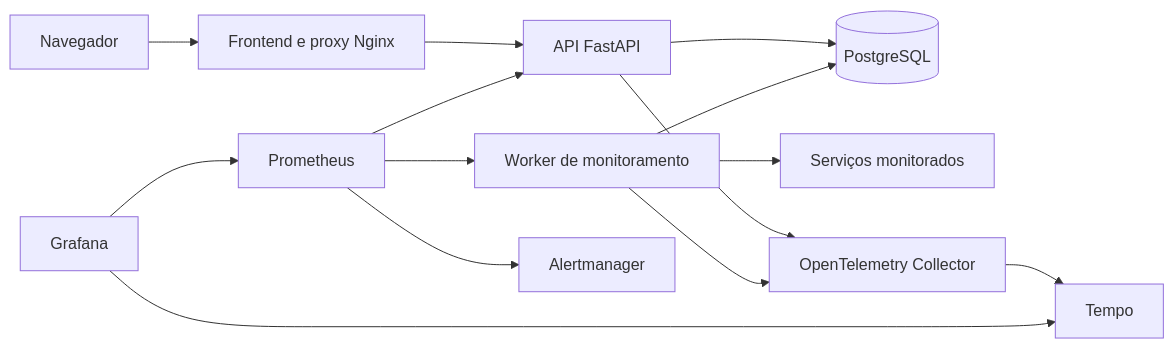
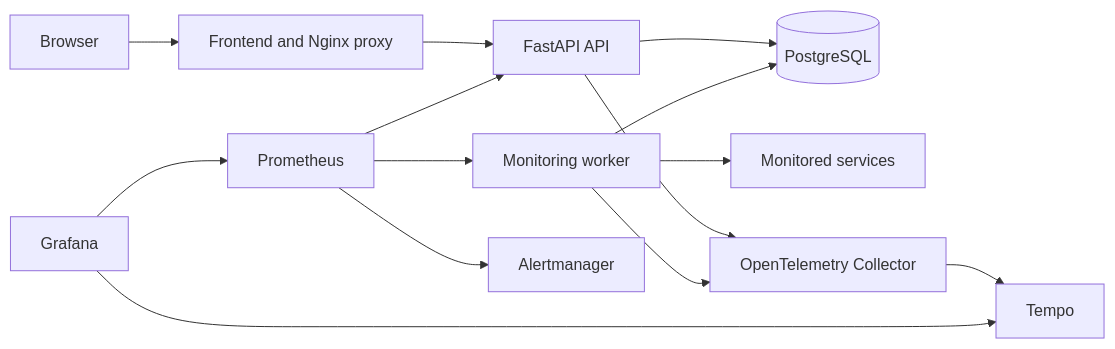
Before and after one commit to jacivaldocarvalho/jc-infrapulse: the first of 4 diagrams in docs/architecture.md, drawn with Mermaid. The commit also changed other lines of this file and 31 other files, not shown here.

````diff
--- a/docs/architecture.md
+++ b/docs/architecture.md
@@ -11,16 +7,16 @@
 ```mermaid
 flowchart LR
-    Browser[Navegador] --> Frontend[Frontend e proxy Nginx]
-    Frontend --> API[API FastAPI]
+    Browser[Browser] --> Frontend[Frontend and Nginx proxy]
+    Frontend --> API[FastAPI API]
     API --> DB[(PostgreSQL)]
-    Worker[Worker de monitoramento] --> DB
-    Worker --> Target[Serviços monitorados]
+    Worker[Monitoring worker] --> DB
+    Worker --> Target[Monitored services]
     API --> Collector[OpenTelemetry Collector]
     Worker --> Collector
     Collector --> Tempo[Tempo]
     Prometheus[Prometheus] --> API
     Prometheus --> Worker
     Prometheus --> Alertmanager[Alertmanager]
     Grafana[Grafana] --> Prometheus
     Grafana --> Tempo
 ```
````
